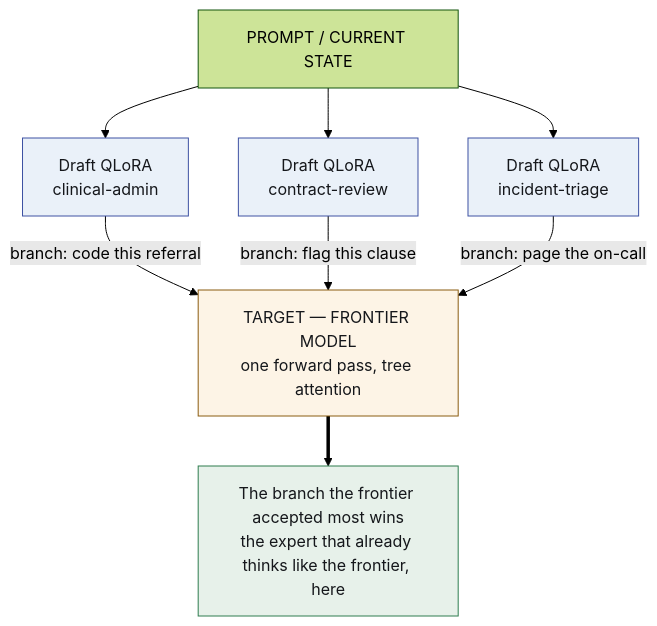
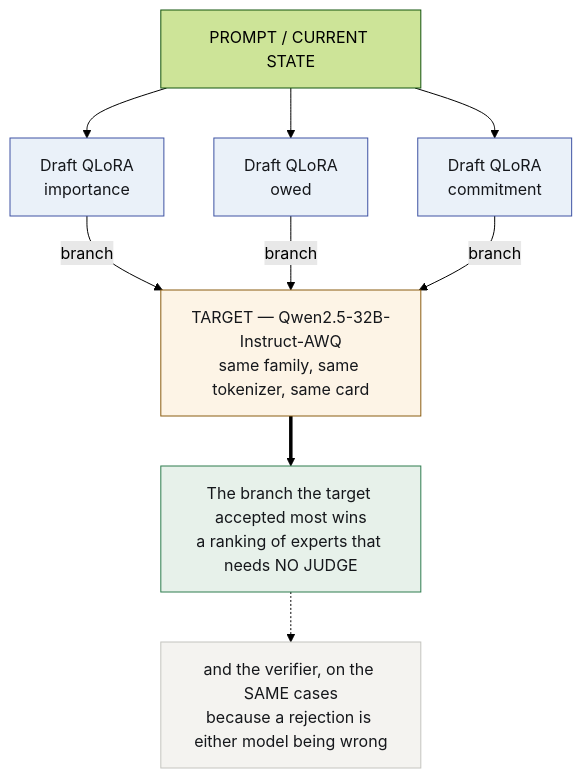
One commit to EvolvingAgentsLabs/lora-kernel changed the first of 2 diagrams in README.md. Above: the diagram before and after it, drawn with Mermaid (forest theme). The commit also changed other lines of this file and 7 other files, not shown here.

````diff
--- a/README.md
+++ b/README.md
@@ -132,24 +132,28 @@
 ```mermaid
 flowchart TD
     P["PROMPT / CURRENT STATE"]
-    A["Draft QLoRA<br>clinical-admin"]
-    B["Draft QLoRA<br>contract-review"]
-    C["Draft QLoRA<br>incident-triage"]
-    T["TARGET — FRONTIER MODEL<br>one forward pass, tree attention"]
-    W["The branch the frontier accepted most wins<br>the expert that already thinks like the frontier, here"]
+    A["Draft QLoRA<br>importance"]
+    B["Draft QLoRA<br>owed"]
+    C["Draft QLoRA<br>commitment"]
+    T["TARGET — Qwen2.5-32B-Instruct-AWQ<br>same family, same tokenizer, same card"]
+    W["The branch the target accepted most wins<br>a ranking of experts that needs NO JUDGE"]
+    V["and the verifier, on the SAME cases<br>because a rejection is either model being wrong"]
 
     P --> A
     P --> B
     P --> C
-    A -- "branch: code this referral" --> T
-    B -- "branch: flag this clause" --> T
-    C -- "branch: page the on-call" --> T
+    A -- "branch" --> T
+    B -- "branch" --> T
+    C -- "branch" --> T
     T ==> W
+    W -.-> V
 
     classDef expert fill:#EAF1F9,stroke:#3E52A3,color:#15171B
     classDef target fill:#FDF4E6,stroke:#8A5C10,color:#15171B
     classDef win fill:#E7F1EA,stroke:#2E7D4F,color:#15171B
     class A,B,C expert
     class T target
     class W win
+    class V neutral
+    classDef neutral fill:#F4F3F0,stroke:#C4C4BF,color:#15171B
 ```
````
